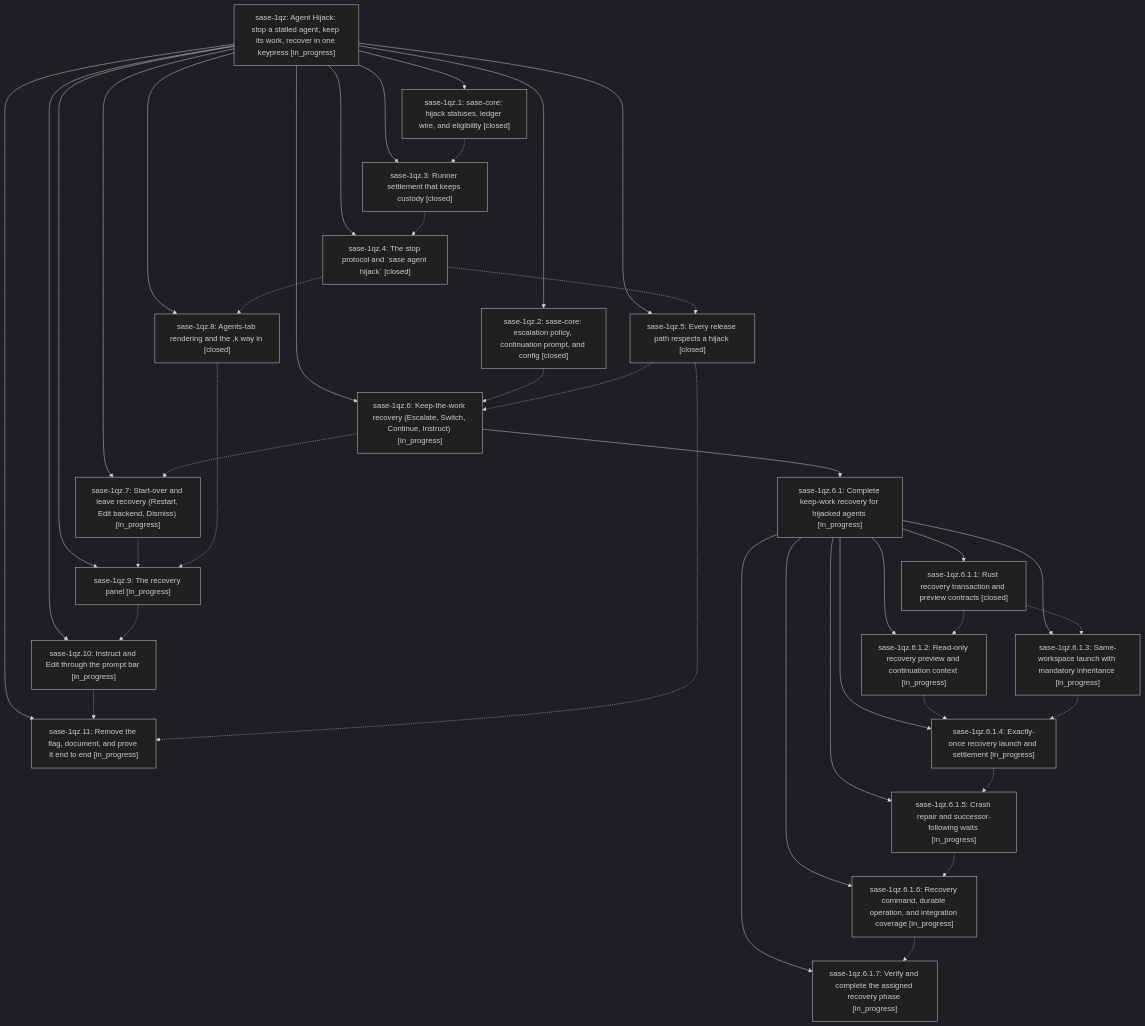
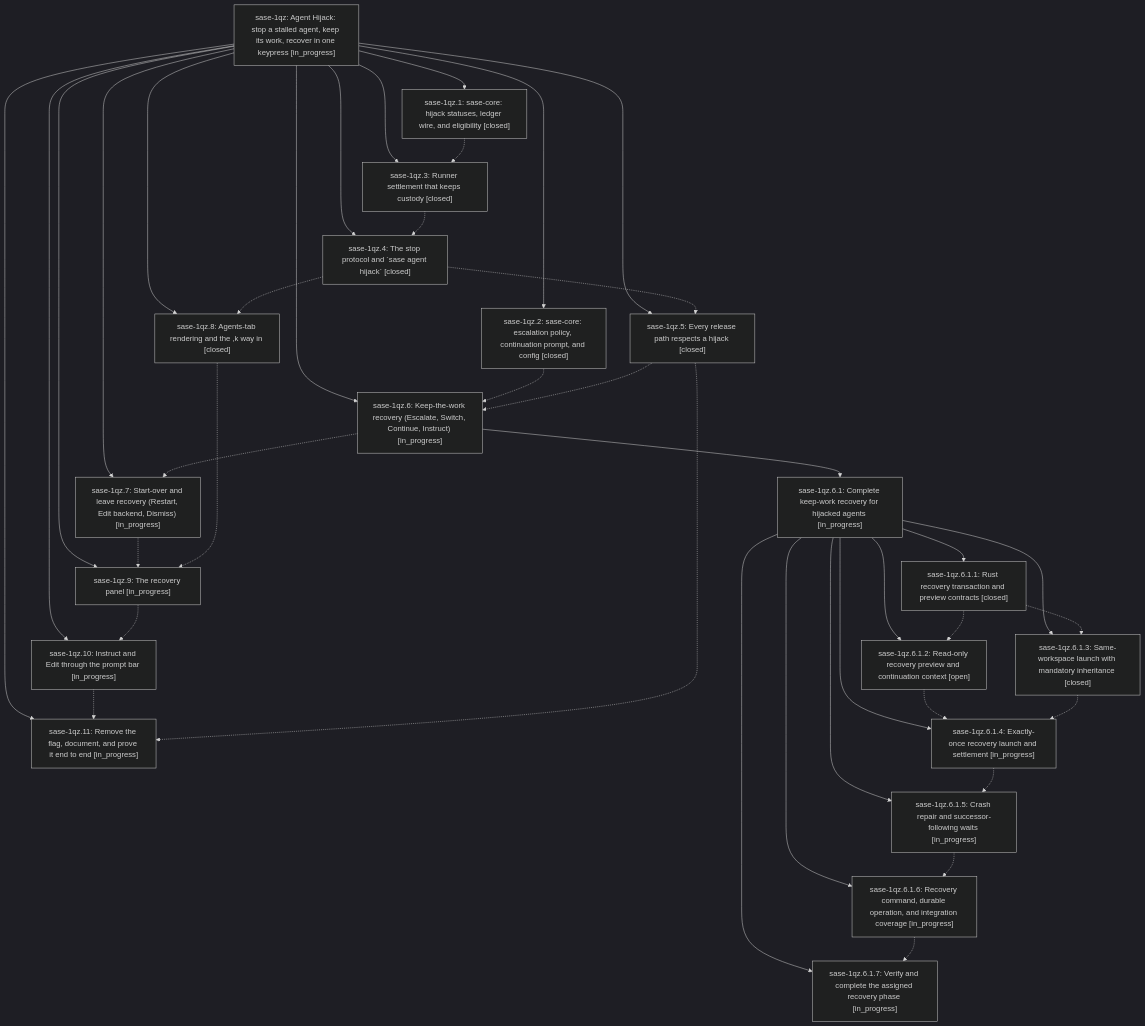
One commit to sase-org/sase--beads changed the diagram in pages/sase-1qz/README.md. Above: the diagram before and after it, drawn with Mermaid (dark theme). The commit also changed other lines of this file and 5 other files, not shown here.

````diff
--- a/pages/sase-1qz/README.md
+++ b/pages/sase-1qz/README.md
@@ -32,61 +32,61 @@
 ```mermaid
 flowchart TD
     n0["sase-1qz: Agent Hijack: stop a stalled agent, keep its work, recover in one keypress [in_progress]"]
     n1["sase-1qz.1: sase-core: hijack statuses, ledger wire, and eligibility [closed]"]
     n2["sase-1qz.10: Instruct and Edit through the prompt bar [in_progress]"]
     n3["sase-1qz.11: Remove the flag, document, and prove it end to end [in_progress]"]
     n4["sase-1qz.2: sase-core: escalation policy, continuation prompt, and config [closed]"]
     n5["sase-1qz.3: Runner settlement that keeps custody [closed]"]
     n6["sase-1qz.4: The stop protocol and `sase agent hijack` [closed]"]
     n7["sase-1qz.5: Every release path respects a hijack [closed]"]
     n8["sase-1qz.6: Keep-the-work recovery (Escalate, Switch, Continue, Instruct) [in_progress]"]
     n9["sase-1qz.6.1: Complete keep-work recovery for hijacked agents [in_progress]"]
     n10["sase-1qz.6.1.1: Rust recovery transaction and preview contracts [closed]"]
-    n11["sase-1qz.6.1.2: Read-only recovery preview and continuation context [in_progress]"]
-    n12["sase-1qz.6.1.3: Same-workspace launch with mandatory inheritance [in_progress]"]
+    n11["sase-1qz.6.1.2: Read-only recovery preview and continuation context [open]"]
+    n12["sase-1qz.6.1.3: Same-workspace launch with mandatory inheritance [closed]"]
     n13["sase-1qz.6.1.4: Exactly-once recovery launch and settlement [in_progress]"]
     n14["sase-1qz.6.1.5: Crash repair and successor-following waits [in_progress]"]
     n15["sase-1qz.6.1.6: Recovery command, durable operation, and integration coverage [in_progress]"]
     n16["sase-1qz.6.1.7: Verify and complete the assigned recovery phase [in_progress]"]
     n17["sase-1qz.7: Start-over and leave recovery (Restart, Edit backend, Dismiss) [in_progress]"]
     n18["sase-1qz.8: Agents-tab rendering and the ,k way in [closed]"]
     n19["sase-1qz.9: The recovery panel [in_progress]"]
     n0 --> n1
     n0 --> n2
     n0 --> n3
     n0 --> n4
     n0 --> n5
     n0 --> n6
     n0 --> n7
     n0 --> n8
     n8 --> n9
     n9 --> n10
     n9 --> n11
     n9 --> n12
     n9 --> n13
     n9 --> n14
     n9 --> n15
     n9 --> n16
     n0 --> n17
     n0 --> n18
     n0 --> n19
     n1 -.-> n5
     n2 -.-> n3
     n4 -.-> n8
     n5 -.-> n6
     n6 -.-> n7
     n6 -.-> n18
     n7 -.-> n3
     n7 -.-> n8
     n8 -.-> n17
     n10 -.-> n11
     n10 -.-> n12
     n11 -.-> n13
     n12 -.-> n13
     n13 -.-> n14
     n14 -.-> n15
     n15 -.-> n16
     n17 -.-> n19
     n18 -.-> n19
     n19 -.-> n2
 ```
````
